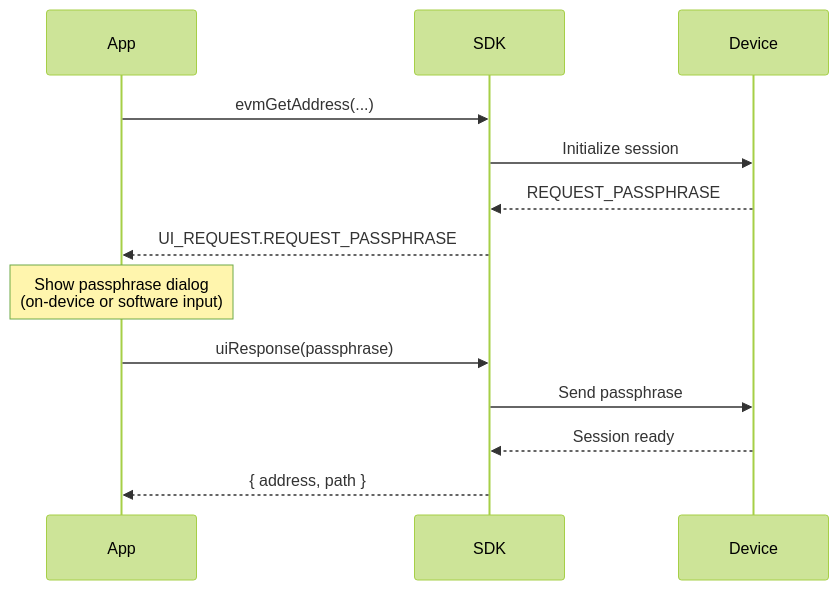
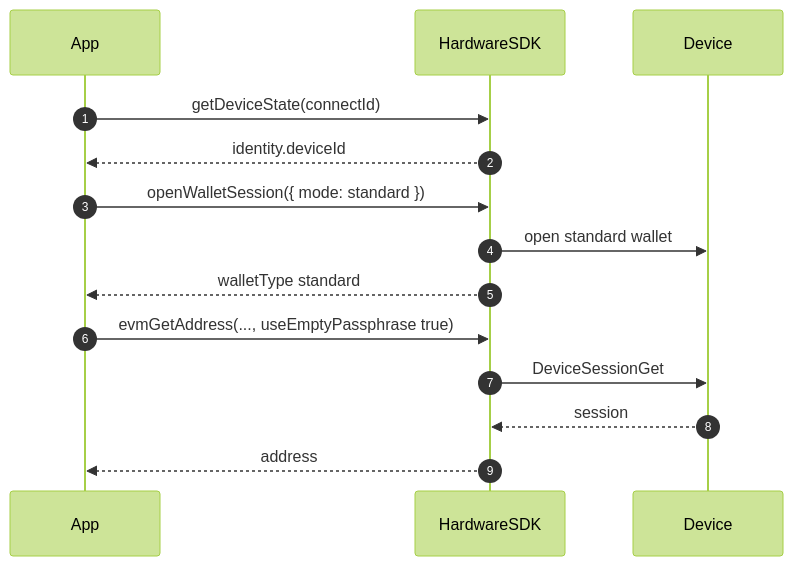
One commit to OneKeyHQ/hardware-js-sdk changed the first of 2 diagrams in packages/connect-examples/developer-portal/content/en/hardware-sdk/concepts/passphrase.mdx. Above: the diagram before and after it, drawn with Mermaid (forest theme). The commit also changed other lines of this file and 314 other files, not shown here.

First line of the commit message:
docs: align developer portal with Hardware SDK 1.2.0 (#920)

````diff
--- a/packages/connect-examples/developer-portal/content/en/hardware-sdk/concepts/passphrase.mdx
+++ b/packages/connect-examples/developer-portal/content/en/hardware-sdk/concepts/passphrase.mdx
@@ -57,16 +36,17 @@
 ```mermaid
 sequenceDiagram
-    participant App
-    participant SDK
-    participant Device
+  autonumber
+  participant App
+  participant SDK as HardwareSDK
+  participant Device
 
-    App->>SDK: evmGetAddress(...)
-    SDK->>Device: Initialize session
-    Device-->>SDK: REQUEST_PASSPHRASE
-    SDK-->>App: UI_REQUEST.REQUEST_PASSPHRASE
-    Note over App: Show passphrase dialog<br/>(on-device or software input)
-    App->>SDK: uiResponse(passphrase)
-    SDK->>Device: Send passphrase
-    Device-->>SDK: Session ready
-    SDK-->>App: { address, path }
+  App->>SDK: getDeviceState(connectId)
+  SDK-->>App: identity.deviceId
+  App->>SDK: openWalletSession({ mode: standard })
+  SDK->>Device: open standard wallet
+  SDK-->>App: walletType standard
+  App->>SDK: evmGetAddress(..., useEmptyPassphrase true)
+  SDK->>Device: DeviceSessionGet
+  Device-->>SDK: session
+  SDK-->>App: address
 ```
````
